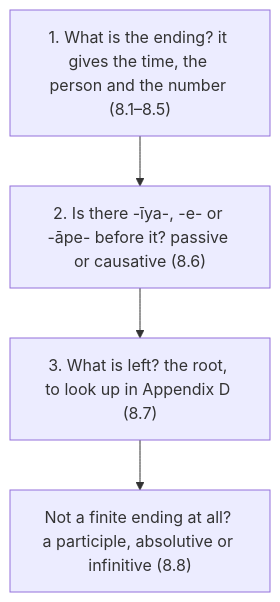
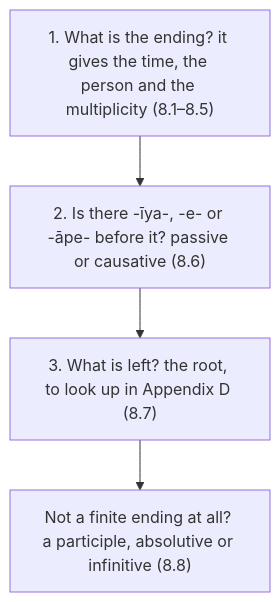
Before and after one commit to ChristineTham/buddhavacana: the second of 2 diagrams in src/content/docs/Pali Textbook/8-0-akhyata.md, drawn with Mermaid. The commit also changed other lines of this file and 48 other files, not shown here.

````diff
--- a/src/content/docs/Pali Textbook/8-0-akhyata.md
+++ b/src/content/docs/Pali Textbook/8-0-akhyata.md
@@ -44,6 +44,6 @@
 ```mermaid
 flowchart TD
-  Q1["1. What is the ending? it gives the time, the person and the number (8.1–8.5)"] --> Q2["2. Is there -īya-, -e- or -āpe- before it? passive or causative (8.6)"]
+  Q1["1. What is the ending? it gives the time, the person and the multiplicity (8.1–8.5)"] --> Q2["2. Is there -īya-, -e- or -āpe- before it? passive or causative (8.6)"]
   Q2 --> Q3["3. What is left? the root, to look up in Appendix D (8.7)"]
   Q3 --> Q4["Not a finite ending at all? a participle, absolutive or infinitive (8.8)"]
 ```
````
